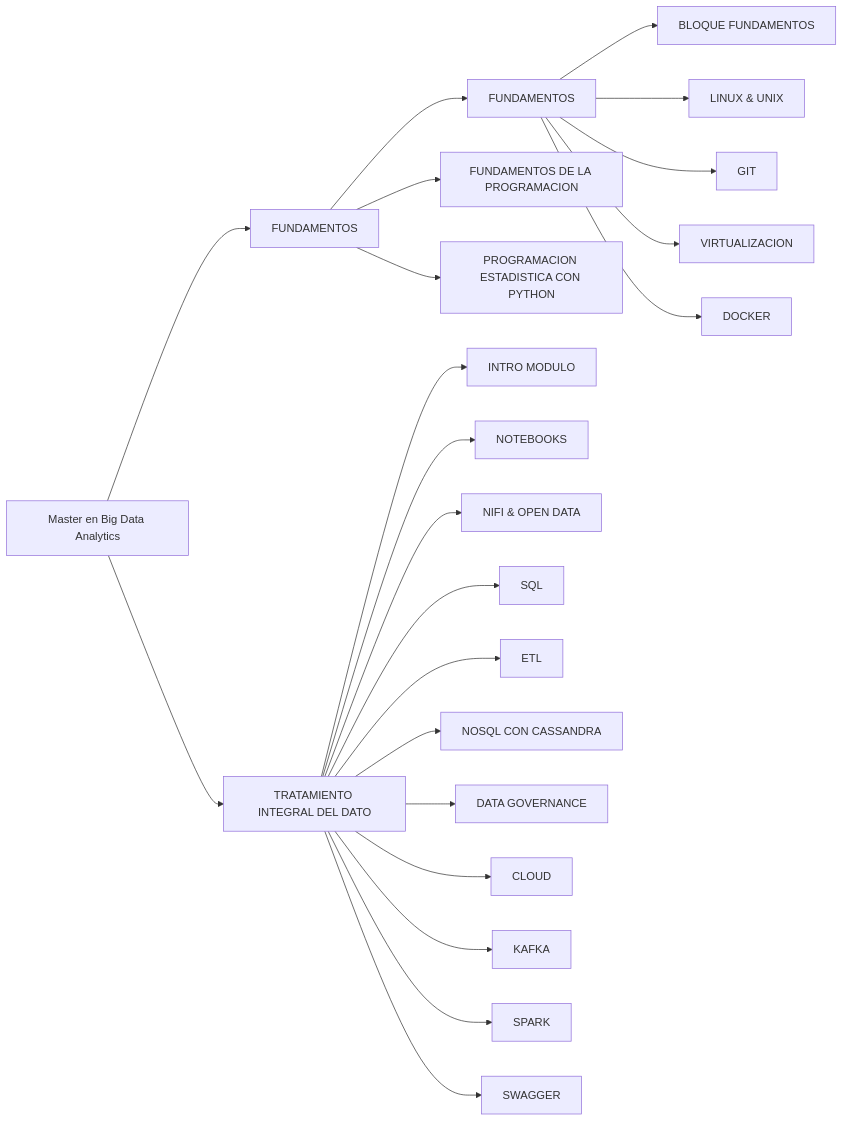
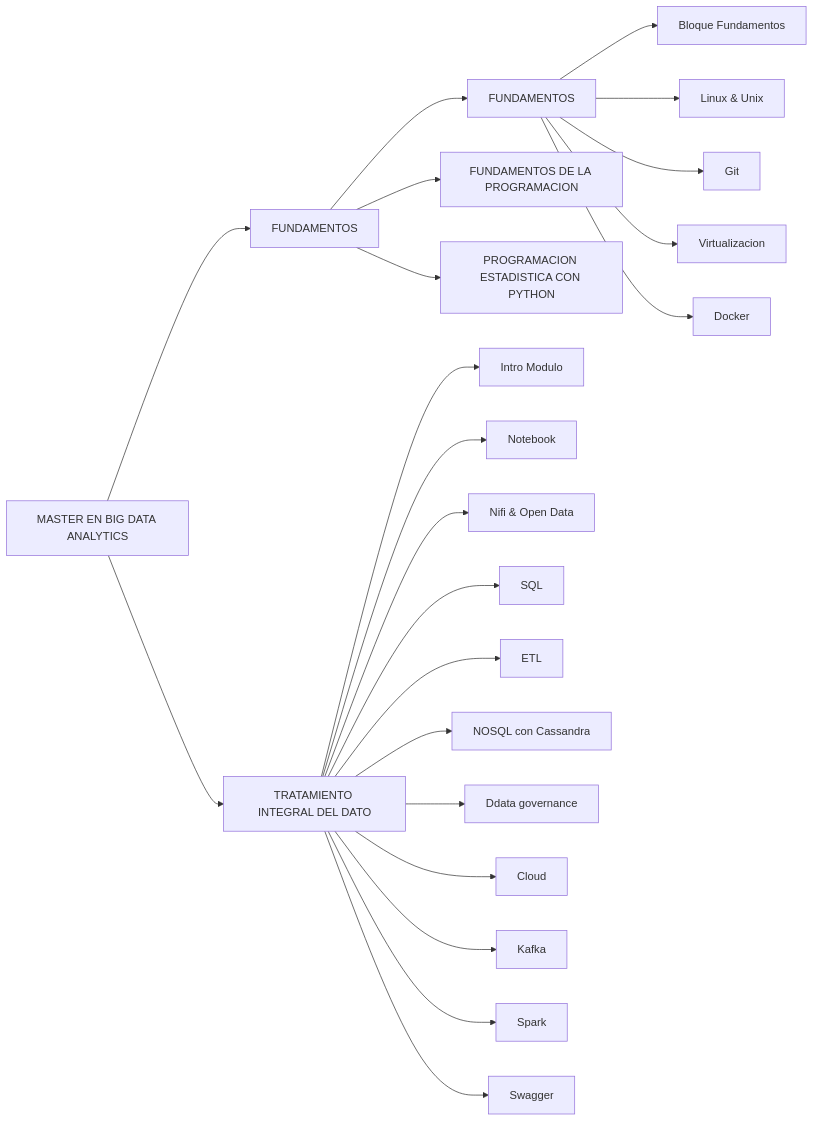
The diagram in README.md (alozk/Master-Big-Data-Analytics), drawn with Mermaid before and after one commit. The commit also changed other lines of this file, not shown here.

````diff
--- a/README.md
+++ b/README.md
@@ -2,24 +1,24 @@
 ```mermaid
 flowchart LR
-A[Master en Big Data Analytics] -->B[FUNDAMENTOS];
-A[Master en Big Data Analytics] -->C[TRATAMIENTO INTEGRAL DEL DATO];
+A[MASTER EN BIG DATA ANALYTICS] -->B[FUNDAMENTOS];
+A[MASTER EN BIG DATA ANALYTICS] -->C[TRATAMIENTO INTEGRAL DEL DATO];
 B[FUNDAMENTOS] -->D[FUNDAMENTOS];
 B[FUNDAMENTOS] -->E[FUNDAMENTOS DE LA PROGRAMACION]
 B[FUNDAMENTOS] -->F[PROGRAMACION ESTADISTICA CON PYTHON]
-D[FUNDAMENTOS] -->G[BLOQUE FUNDAMENTOS]
-D[FUNDAMENTOS] -->H[LINUX & UNIX]
-D[FUNDAMENTOS] -->I[GIT]
-D[FUNDAMENTOS] -->J[VIRTUALIZACION]
-D[FUNDAMENTOS] -->K[DOCKER]
-C[TRATAMIENTO INTEGRAL DEL DATO] -->L[INTRO MODULO]
-C[TRATAMIENTO INTEGRAL DEL DATO] -->M[NOTEBOOKS]
-C[TRATAMIENTO INTEGRAL DEL DATO] -->N[NIFI & OPEN DATA]
+D[FUNDAMENTOS] -->G[Bloque Fundamentos]
+D[FUNDAMENTOS] -->H[Linux & Unix]
+D[FUNDAMENTOS] -->I[Git]
+D[FUNDAMENTOS] -->J[Virtualizacion]
+D[FUNDAMENTOS] -->K[Docker]
+C[TRATAMIENTO INTEGRAL DEL DATO] -->L[Intro Modulo]
+C[TRATAMIENTO INTEGRAL DEL DATO] -->M[Notebook]
+C[TRATAMIENTO INTEGRAL DEL DATO] -->N[Nifi & Open Data]
 C[TRATAMIENTO INTEGRAL DEL DATO] -->O[SQL]
 C[TRATAMIENTO INTEGRAL DEL DATO] -->P[ETL]
-C[TRATAMIENTO INTEGRAL DEL DATO] -->Q[NOSQL CON CASSANDRA]
-C[TRATAMIENTO INTEGRAL DEL DATO] -->R[DATA GOVERNANCE]
-C[TRATAMIENTO INTEGRAL DEL DATO] -->S[CLOUD]
-C[TRATAMIENTO INTEGRAL DEL DATO] -->T[KAFKA]
-C[TRATAMIENTO INTEGRAL DEL DATO] -->U[SPARK]
-C[TRATAMIENTO INTEGRAL DEL DATO] -->V[SWAGGER]
+C[TRATAMIENTO INTEGRAL DEL DATO] -->Q[NOSQL con Cassandra]
+C[TRATAMIENTO INTEGRAL DEL DATO] -->R[Ddata governance]
+C[TRATAMIENTO INTEGRAL DEL DATO] -->S[Cloud]
+C[TRATAMIENTO INTEGRAL DEL DATO] -->T[Kafka]
+C[TRATAMIENTO INTEGRAL DEL DATO] -->U[Spark]
+C[TRATAMIENTO INTEGRAL DEL DATO] -->V[Swagger]
 ```
````
